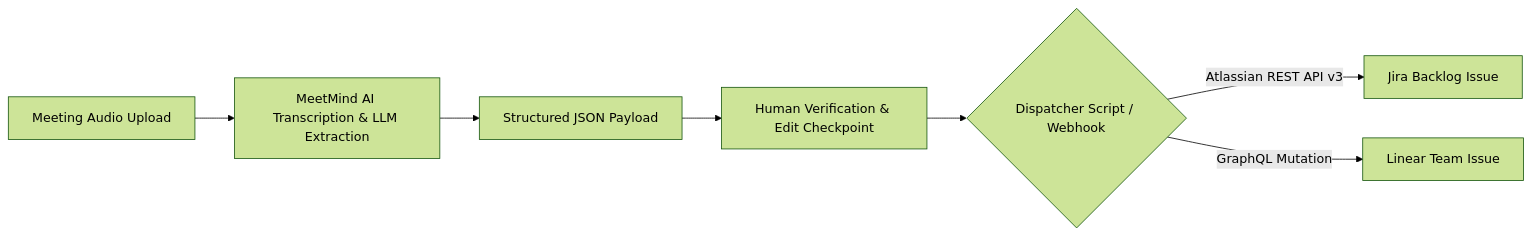
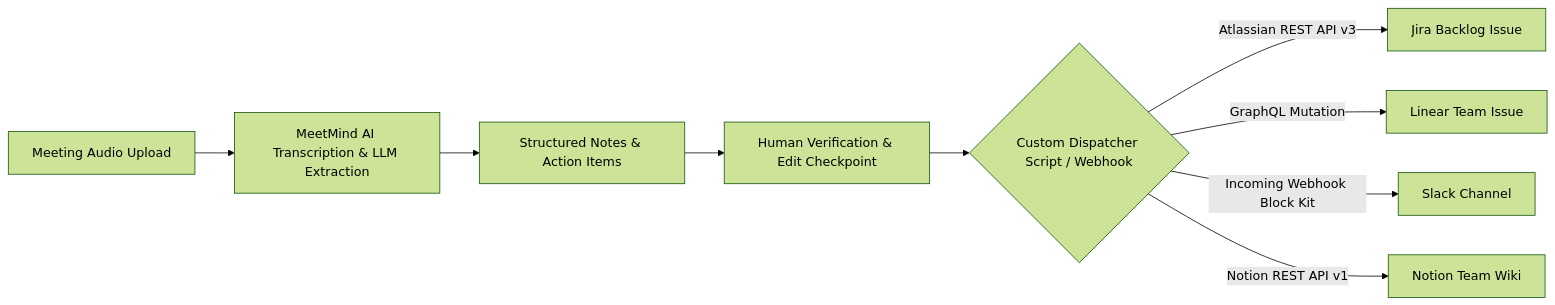
One commit to Abhitechdev/MeetMindAi changed the diagram in frontend/content/blog/automated-meeting-workflows-jira-linear.mdx. Above: the diagram before and after it, drawn with Mermaid (forest theme). The commit also changed other lines of this file and 25 other files, not shown here.

````diff
--- a/frontend/content/blog/automated-meeting-workflows-jira-linear.mdx
+++ b/frontend/content/blog/automated-meeting-workflows-jira-linear.mdx
@@ -38,9 +38,11 @@
 ```mermaid
 flowchart LR
     A[Meeting Audio Upload] --> B[MeetMind AI Transcription & LLM Extraction]
-    B --> C[Structured JSON Payload]
+    B --> C[Structured Notes & Action Items]
     C --> D[Human Verification & Edit Checkpoint]
-    D --> E{Dispatcher Script / Webhook}
+    D --> E{Custom Dispatcher Script / Webhook}
     E -->|Atlassian REST API v3| F[Jira Backlog Issue]
     E -->|GraphQL Mutation| G[Linear Team Issue]
+    E -->|Incoming Webhook Block Kit| H[Slack Channel]
+    E -->|Notion REST API v1| I[Notion Team Wiki]
 ```
````
